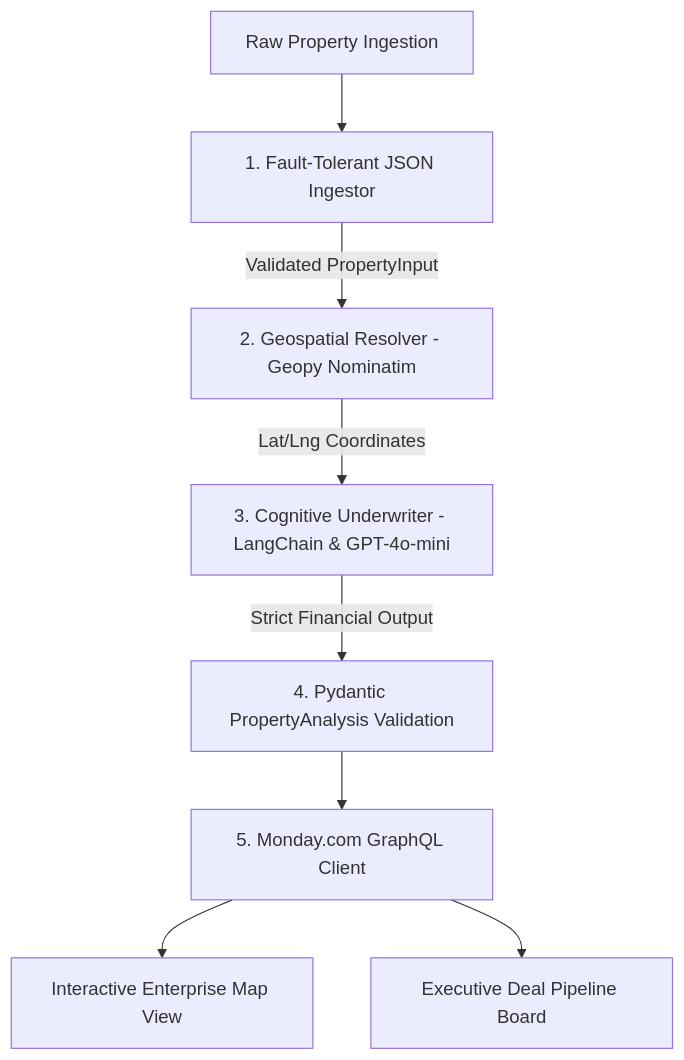
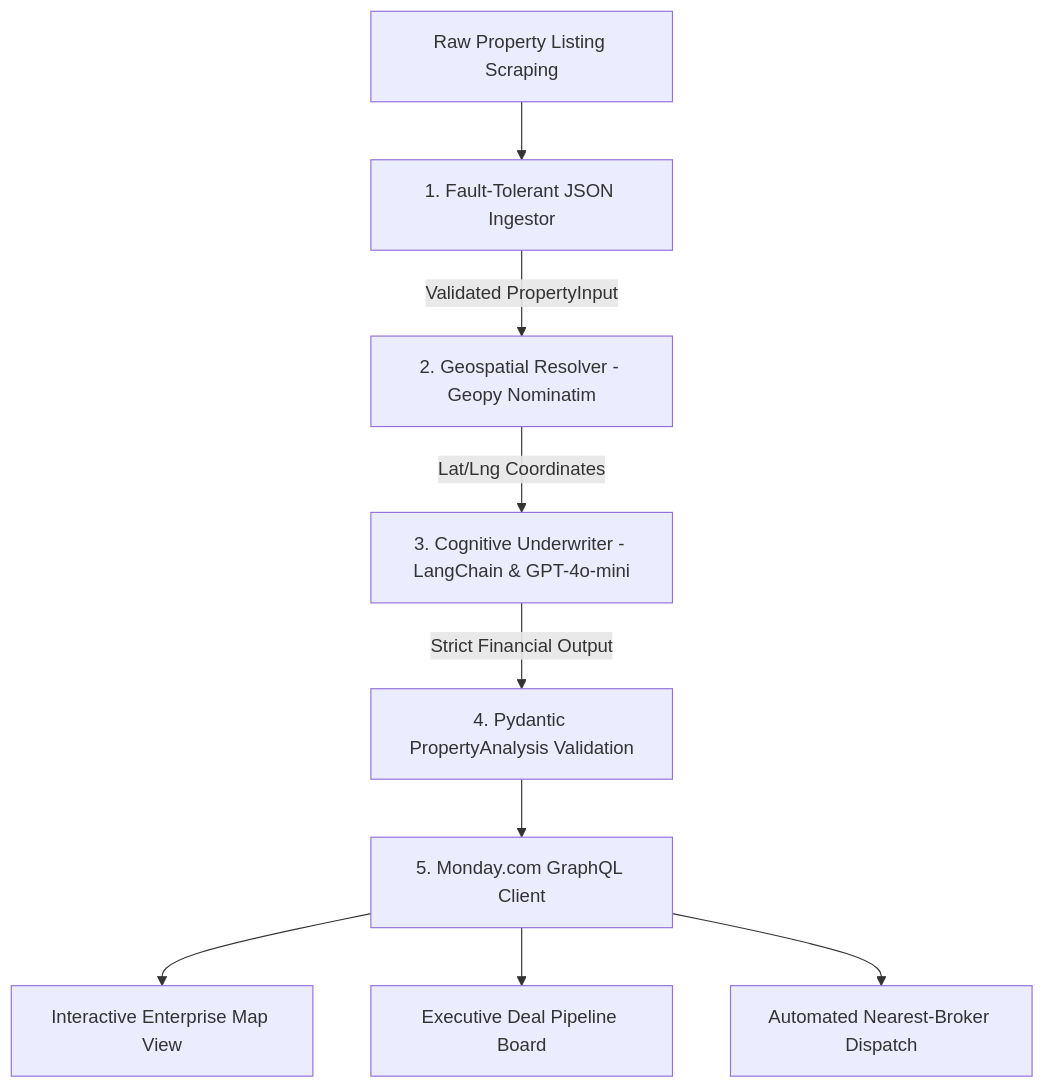
One commit to jraphaelcunha/ai-real-estate-pipeline changed the diagram in README.md. Above: the diagram before and after it, drawn with Mermaid. The commit also changed other lines of this file and 1 other file, not shown here.

Commit message:
docs: enrich README with didactic property benchmarking and nearest-broker dispatch

````diff
--- a/README.md
+++ b/README.md
@@ -19,10 +28,11 @@
 ```mermaid
 flowchart TD
-    A[Raw Property Ingestion] --> B[1. Fault-Tolerant JSON Ingestor]
+    A[Raw Property Listing Scraping] --> B[1. Fault-Tolerant JSON Ingestor]
     B -->|Validated PropertyInput| C[2. Geospatial Resolver - Geopy Nominatim]
     C -->|Lat/Lng Coordinates| D[3. Cognitive Underwriter - LangChain & GPT-4o-mini]
     D -->|Strict Financial Output| E[4. Pydantic PropertyAnalysis Validation]
     E --> F[5. Monday.com GraphQL Client]
     F --> G[Interactive Enterprise Map View]
     F --> H[Executive Deal Pipeline Board]
+    F --> I[Automated Nearest-Broker Dispatch]
 ```
````
